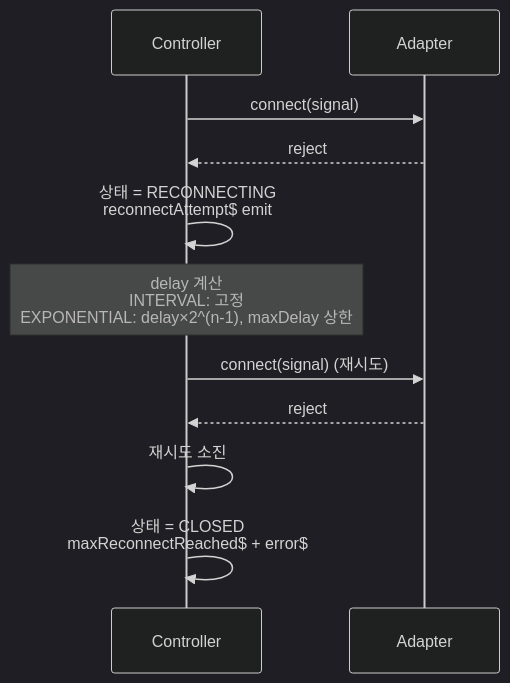
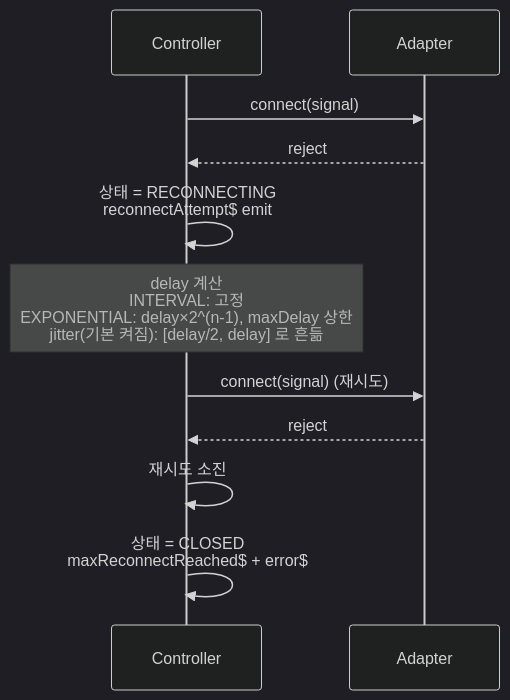
The fourth of 8 diagrams in docs/lifecycle.md (4sizn/ws-pack), drawn with Mermaid (dark theme) before and after one commit. The commit also changed other lines of this file and 6 other files, not shown here.

````diff
--- a/docs/lifecycle.md
+++ b/docs/lifecycle.md
@@ -78,14 +78,14 @@
 ```mermaid
 sequenceDiagram
   participant Ctrl as Controller
   participant A as Adapter
 
   Ctrl->>A: connect(signal)
   A-->>Ctrl: reject
   Ctrl->>Ctrl: 상태 = RECONNECTING<br/>reconnectAttempt$ emit
-  Note over Ctrl: delay 계산<br/>INTERVAL: 고정<br/>EXPONENTIAL: delay×2^(n-1), maxDelay 상한
+  Note over Ctrl: delay 계산<br/>INTERVAL: 고정<br/>EXPONENTIAL: delay×2^(n-1), maxDelay 상한<br/>jitter(기본 켜짐): [delay/2, delay] 로 흔듦
   Ctrl->>A: connect(signal) (재시도)
   A-->>Ctrl: reject
   Ctrl->>Ctrl: 재시도 소진
   Ctrl->>Ctrl: 상태 = CLOSED<br/>maxReconnectReached$ + error$
 ```
````
